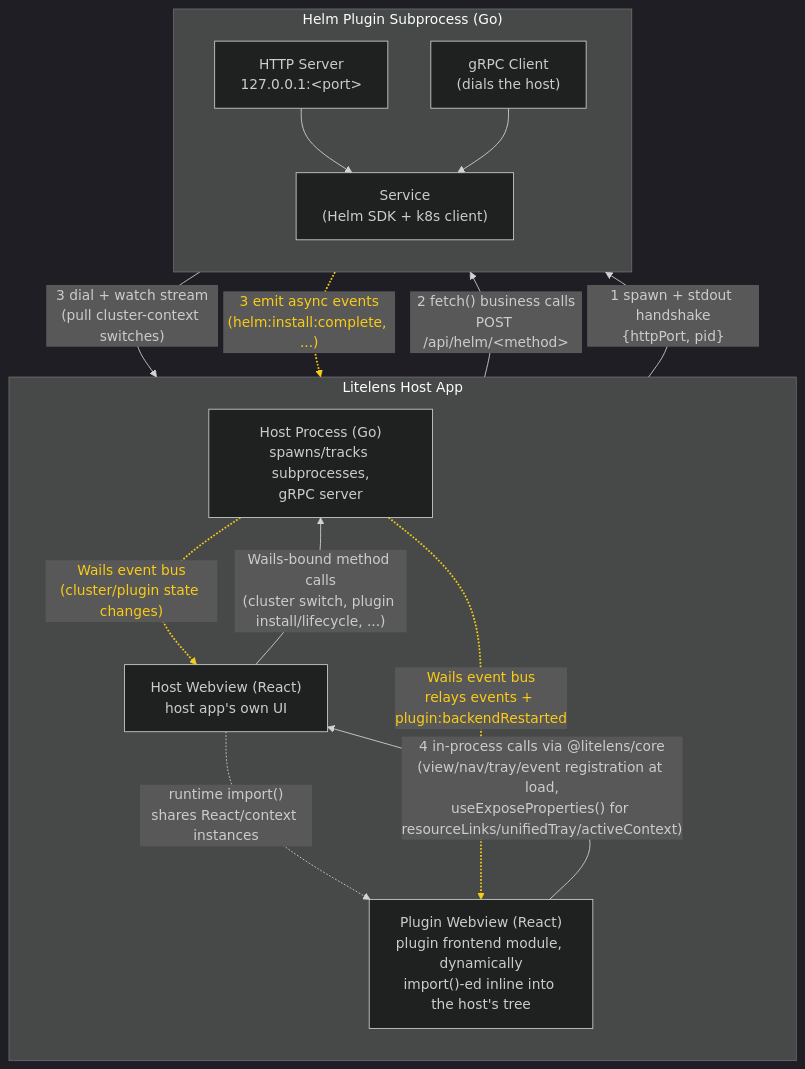
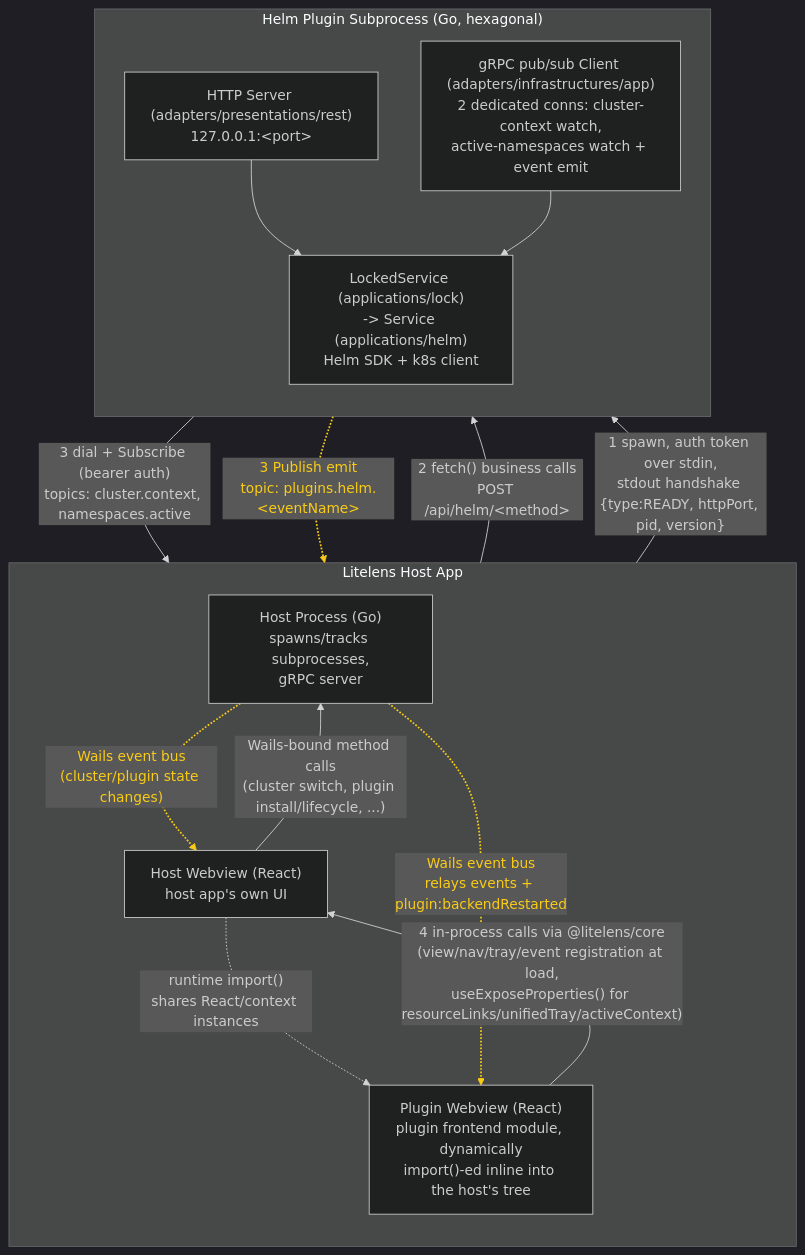
The diagram in docs/architecture/architecture-dark.mmd (litelensapp/litelens-plugins), drawn with Mermaid before and after one commit. The commit also changed 47 other files, not shown here.

First line of the commit message:
feat: native grpc pubsub host plugin (#6)

```diff
--- a/docs/architecture/architecture-dark.mmd
+++ b/docs/architecture/architecture-dark.mmd
@@ -1,29 +1,29 @@
 %%{init: {"theme": "dark"}}%%
 flowchart TB
     subgraph HOST["Litelens Host App"]
         direction TB
         HP["Host Process (Go)<br/>spawns/tracks subprocesses,<br/>gRPC server"]
         HW["Host Webview (React)<br/>host app's own UI"]
         PW["Plugin Webview (React)<br/>plugin frontend module, dynamically<br/>import()-ed inline into the host's tree"]
         HW -. "runtime import()<br/>shares React/context instances" .-> PW
         PW -- "4 in-process calls via @litelens/core<br/>(view/nav/tray/event registration at load,<br/>useExposeProperties() for resourceLinks/unifiedTray/activeContext)" --> HW
     end
 
-    subgraph PLUGIN["Helm Plugin Subprocess (Go)"]
+    subgraph PLUGIN["Helm Plugin Subprocess (Go, hexagonal)"]
         direction TB
-        PH["HTTP Server<br/>127.0.0.1:&lt;port&gt;"]
-        PG["gRPC Client<br/>(dials the host)"]
-        PS["Service<br/>(Helm SDK + k8s client)"]
+        PH["HTTP Server (adapters/presentations/rest)<br/>127.0.0.1:&lt;port&gt;"]
+        PG["gRPC pub/sub Client (adapters/infrastructures/app)<br/>2 dedicated conns: cluster-context watch,<br/>active-namespaces watch + event emit"]
+        PS["LockedService (applications/lock)<br/>-&gt; Service (applications/helm)<br/>Helm SDK + k8s client"]
         PH --> PS
         PG --> PS
     end
 
     HW -- "Wails-bound method calls<br/>(cluster switch, plugin install/lifecycle, ...)" --> HP
     HP -. "Wails event bus<br/>(cluster/plugin state changes)" .-> HW
-    HP -- "1 spawn + stdout handshake<br/>{httpPort, pid}" --> PLUGIN
+    HP -- "1 spawn, auth token over stdin,<br/>stdout handshake {type:READY, httpPort, pid, version}" --> PLUGIN
     PW -- "2 fetch() business calls<br/>POST /api/helm/&lt;method&gt;" --> PH
-    PG -- "3 dial + watch stream<br/>(pull cluster-context switches)" --> HP
-    PG -. "3 emit async events<br/>(helm:install:complete, ...)" .-> HP
+    PG -- "3 dial + Subscribe (bearer auth)<br/>topics: cluster.context, namespaces.active" --> HP
+    PG -. "3 Publish emit<br/>topic: plugins.helm.&lt;eventName&gt;" .-> HP
     HP -. "Wails event bus<br/>relays events + plugin:backendRestarted" .-> PW
 
     linkStyle 5,9,10 stroke:#facc15,stroke-width:2px,color:#facc15
```
